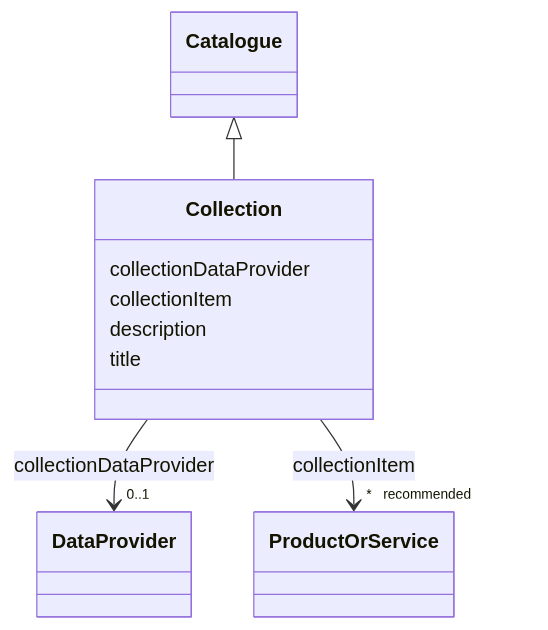
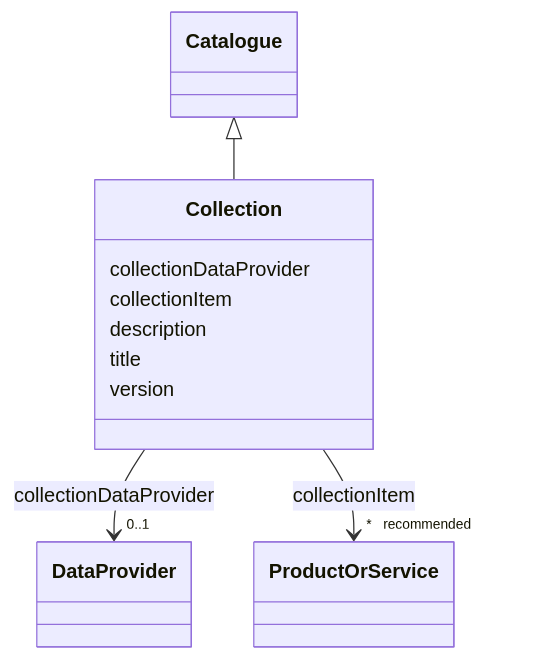
The diagram in models/docs/Collection.md (EVORA-project/evora-ontology), drawn with Mermaid before and after one commit. The commit also changed other lines of this file and 650 other files, not shown here.

````diff
--- a/models/docs/Collection.md
+++ b/models/docs/Collection.md
@@ -19,31 +19,33 @@
 ```mermaid
  classDiagram
     class Collection
     click Collection href "../Collection"
       Catalogue <|-- Collection
         click Catalogue href "../Catalogue"
       
       Collection : collectionDataProvider
         
           
     
     
     Collection --> "0..1" DataProvider : collectionDataProvider
     click DataProvider href "../DataProvider"
 
         
       Collection : collectionItem
         
           
     
     
     Collection --> "* _recommended_" ProductOrService : collectionItem
     click ProductOrService href "../ProductOrService"
 
         
       Collection : description
         
       Collection : title
         
+      Collection : version
+        
       
 ```
````
